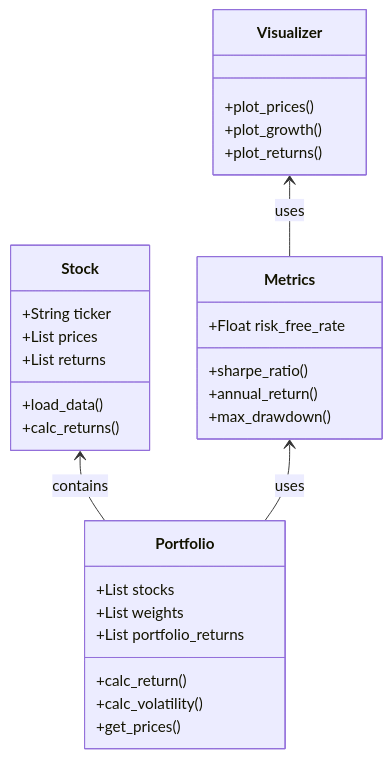
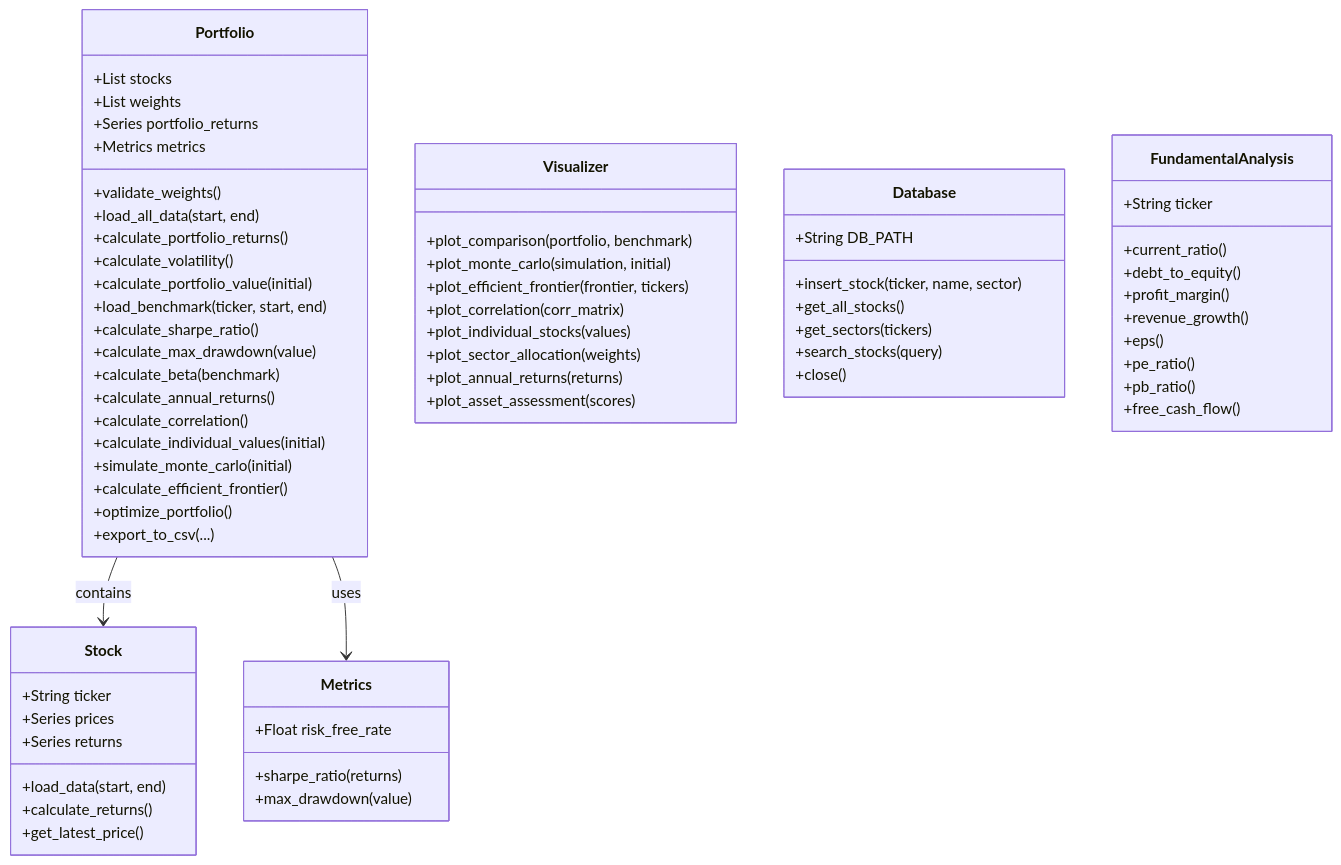
The diagram in README.md (Kostaspapakon/PortfolioAnalyzer), drawn with Mermaid before and after one commit. The commit also changed other lines of this file, not shown here.

Commit message:
Update the README file

````diff
--- a/README.md
+++ b/README.md
@@ -17,38 +65,77 @@
 ```mermaid
 classDiagram
-    direction BT
-    
+    direction TB
+
     class Stock {
         +String ticker
-        +List prices
-        +List returns
-        +load_data()
-        +calc_returns()
+        +Series prices
+        +Series returns
+        +load_data(start, end)
+        +calculate_returns()
+        +get_latest_price()
     }
 
     class Portfolio {
         +List stocks
         +List weights
-        +List portfolio_returns
-        +calc_return()
-        +calc_volatility()
-        +get_prices()
+        +Series portfolio_returns
+        +Metrics metrics
+        +validate_weights()
+        +load_all_data(start, end)
+        +calculate_portfolio_returns()
+        +calculate_volatility()
+        +calculate_portfolio_value(initial)
+        +load_benchmark(ticker, start, end)
+        +calculate_sharpe_ratio()
+        +calculate_max_drawdown(value)
+        +calculate_beta(benchmark)
+        +calculate_annual_returns()
+        +calculate_correlation()
+        +calculate_individual_values(initial)
+        +simulate_monte_carlo(initial)
+        +calculate_efficient_frontier()
+        +optimize_portfolio()
+        +export_to_csv(...)
     }
 
     class Metrics {
         +Float risk_free_rate
-        +sharpe_ratio()
-        +annual_return()
-        +max_drawdown()
+        +sharpe_ratio(returns)
+        +max_drawdown(value)
     }
 
     class Visualizer {
-        +plot_prices()
-        +plot_growth()
-        +plot_returns()
+        +plot_comparison(portfolio, benchmark)
+        +plot_monte_carlo(simulation, initial)
+        +plot_efficient_frontier(frontier, tickers)
+        +plot_correlation(corr_matrix)
+        +plot_individual_stocks(values)
+        +plot_sector_allocation(weights)
+        +plot_annual_returns(returns)
+        +plot_asset_assessment(scores)
+    }
+
+    class Database {
+        +String DB_PATH
+        +insert_stock(ticker, name, sector)
+        +get_all_stocks()
+        +get_sectors(tickers)
+        +search_stocks(query)
+        +close()
+    }
+
+    class FundamentalAnalysis {
+        +String ticker
+        +current_ratio()
+        +debt_to_equity()
+        +profit_margin()
+        +revenue_growth()
+        +eps()
+        +pe_ratio()
+        +pb_ratio()
+        +free_cash_flow()
     }
 
     Portfolio --> Stock : contains
     Portfolio --> Metrics : uses
-    Metrics --> Visualizer : uses
 ```
````
